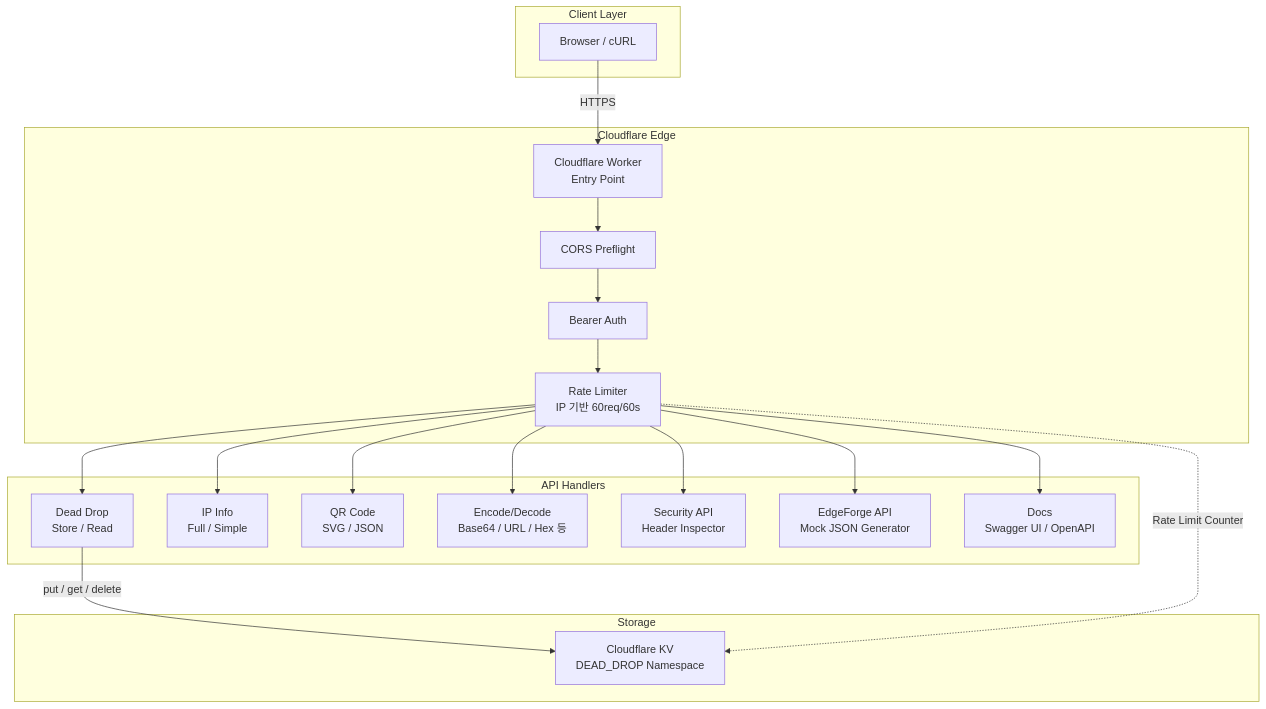
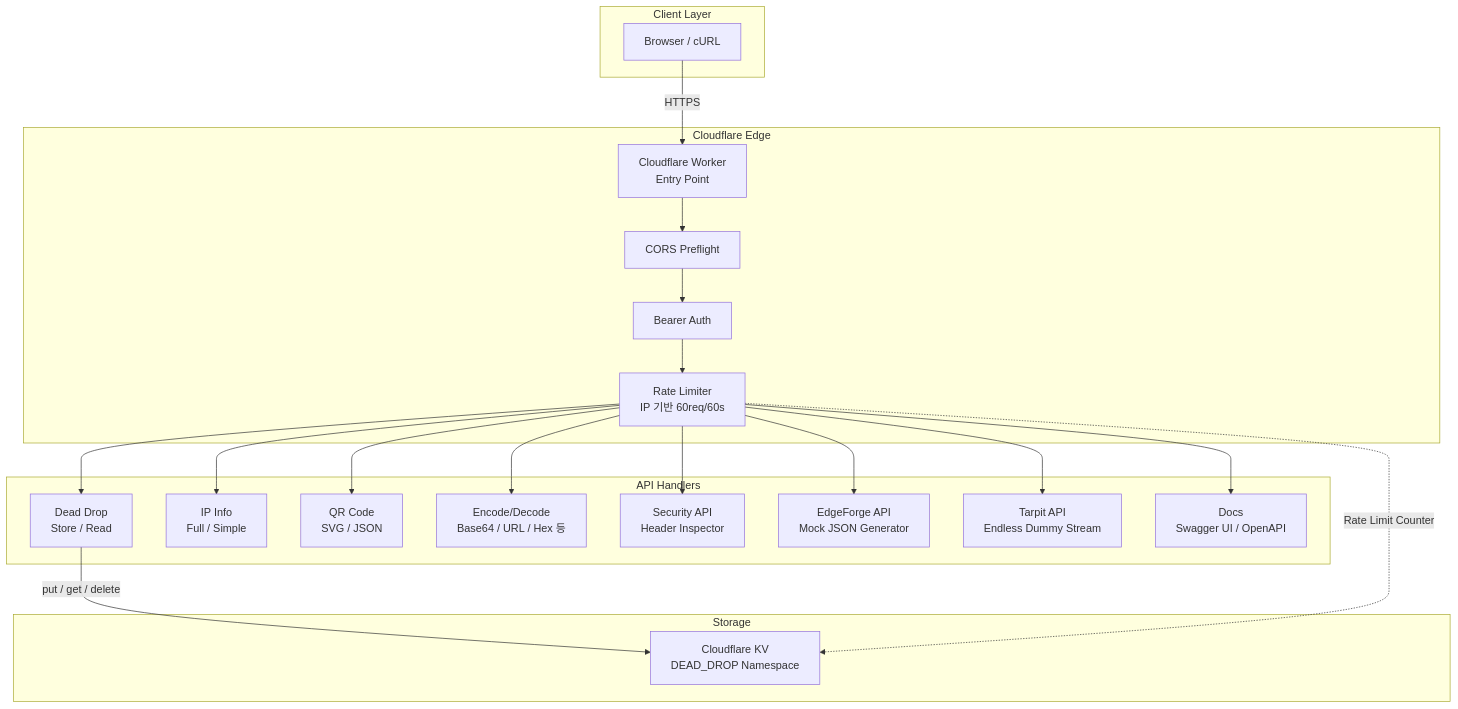
Before and after one commit to gguatit/kalpha-s_api: the first of 2 diagrams in README.md, drawn with Mermaid. The commit also changed other lines of this file and 2 other files, not shown here.

Commit message:
feat: Tarpit API 업데이트 - 무한 더미 스트림 및 취약점 경로 목록 추가

````diff
--- a/README.md
+++ b/README.md
@@ -11,41 +11,43 @@
 ```mermaid
 graph TB
     subgraph "Client Layer"
         A[Browser / cURL]
     end
 
     subgraph "Cloudflare Edge"
         B[Cloudflare Worker<br/>Entry Point]
         C[CORS Preflight]
         D[Bearer Auth]
         E[Rate Limiter<br/>IP 기반 60req/60s]
     end
 
     subgraph "API Handlers"
         F[Dead Drop<br/>Store / Read]
         G[IP Info<br/>Full / Simple]
         H[QR Code<br/>SVG / JSON]
         J2[Encode/Decode<br/>Base64 / URL / Hex 등]
         S[Security API<br/>Header Inspector]
         M[EdgeForge API<br/>Mock JSON Generator]
+        T[Tarpit API<br/>Endless Dummy Stream]
         I[Docs<br/>Swagger UI / OpenAPI]
     end
 
     subgraph "Storage"
         J[Cloudflare KV<br/>DEAD_DROP Namespace]
     end
 
     A -->|HTTPS| B
     B --> C
     C --> D
     D --> E
     E --> F
     E --> G
     E --> H
     E --> J2
     E --> S
     E --> M
+    E --> T
     E --> I
     F -->|put / get / delete| J
     E -.->|Rate Limit Counter| J
 ```
````
